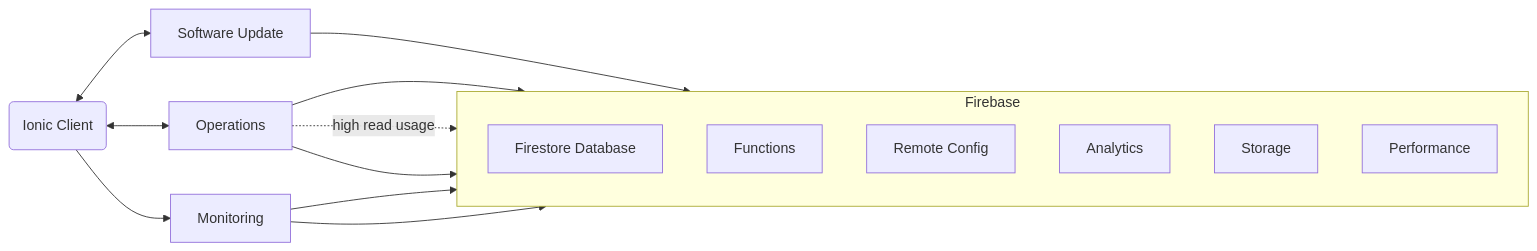
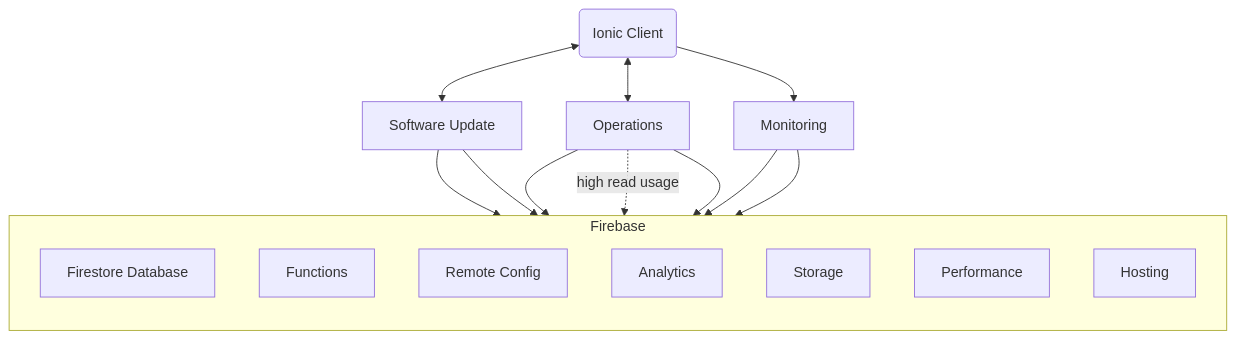
Before and after one commit to SiegeSailor/Website: the diagram in client/public/article/2025-11-13.md, drawn with Mermaid.

Commit message:
fix: Update Mermaid diagram direction and add Hosting service for clarity

````diff
--- a/client/public/article/2025-11-13.md
+++ b/client/public/article/2025-11-13.md
@@ -22,24 +22,26 @@
 ```mermaid
-flowchart LR
+flowchart TB
   subgraph Firebase
     direction TB
     FD[Firestore Database]
     F[Functions]
     RF[Remote Config]
     A[Analytics]
     S[Storage]
     P[Performance]
+    H[Hosting]
   end
 
   IC(Ionic Client) <--> SU[Software Update]
   SU --> RF
+  SU --> H
 
   IC <--> O[Operations]
   O --> F
   O -.-> |high read usage| FD
   O --> S
 
   IC --> M[Monitoring]
   M --> A
   M --> P
 ```
````
